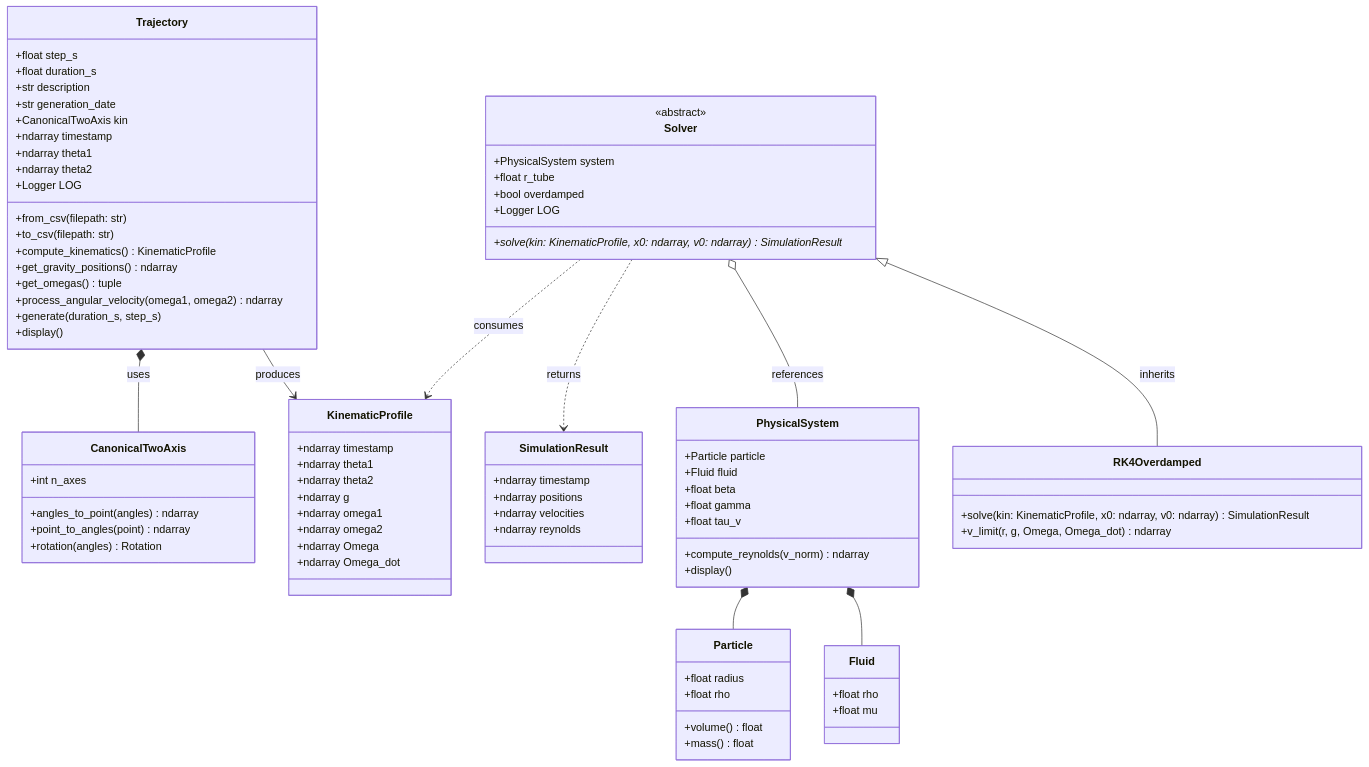
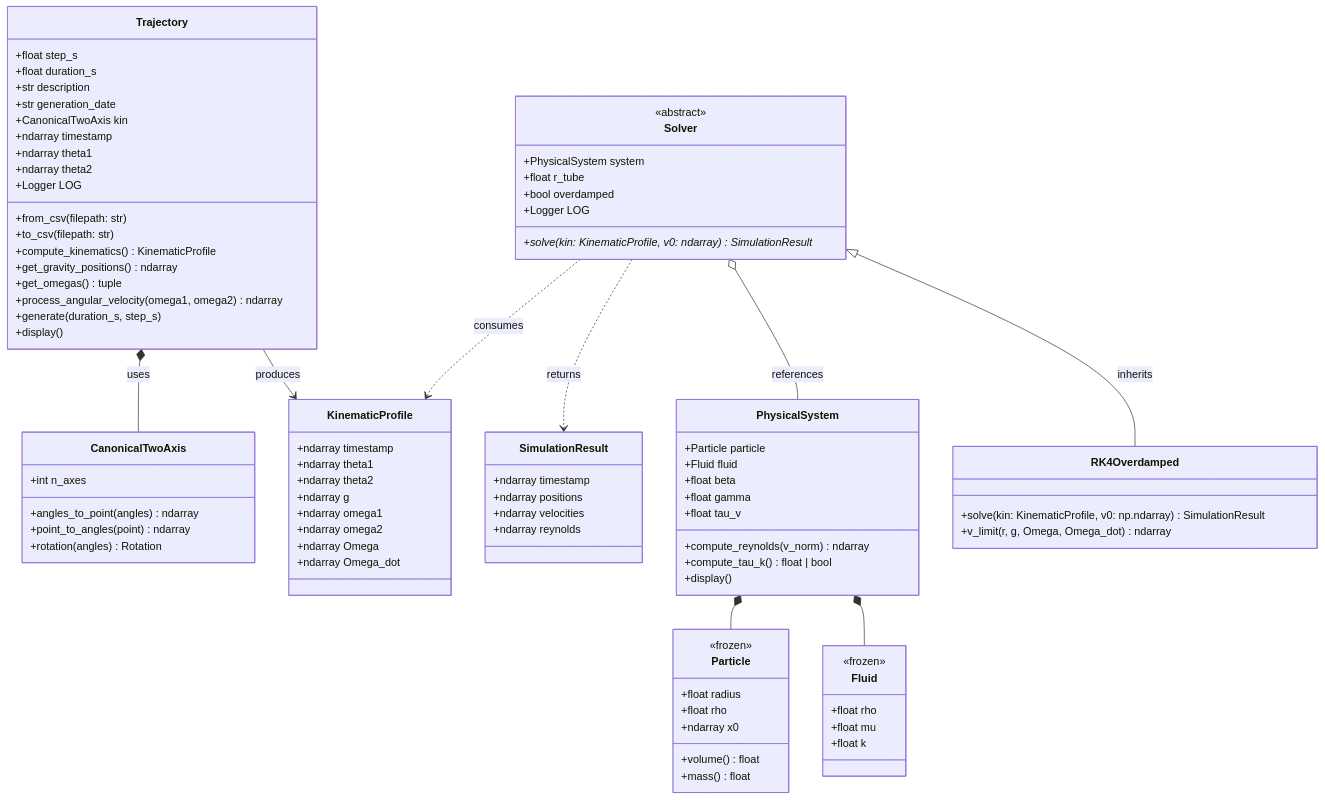
Before and after one commit to axelp-dev/prisma: the diagram in docs/ARCHITECTURE.md, drawn with Mermaid. The commit also changed other lines of this file and 2 other files, not shown here.

Commit message:
docs: Update README.md, ARCHITECTURE.md and CHANGELOG.md to elasticity and src/cli.py implementations

```diff
--- a/docs/ARCHITECTURE.md
+++ b/docs/ARCHITECTURE.md
@@ -163,15 +173,19 @@
 
     %% Core Physics
     class Particle {
+        <<frozen>>
         +float radius
         +float rho
+        +ndarray x0
         +volume() float
         +mass() float
     }
 
     class Fluid {
+        <<frozen>>
         +float rho
         +float mu
+        +float k
     }
 
     class PhysicalSystem {
@@ -181,6 +195,7 @@
         +float gamma
         +float tau_v
         +compute_reynolds(v_norm) ndarray
+        +compute_tau_k() float | bool
         +display()
     }
 
@@ -194,11 +209,11 @@
         +float r_tube
         +bool overdamped
         +Logger LOG
-        +solve(kin: KinematicProfile, x0: ndarray, v0: ndarray)* SimulationResult
+        +solve(kin: KinematicProfile, v0: ndarray)* SimulationResult
     }
 
     class RK4Overdamped {
-        +solve(kin: KinematicProfile, x0: ndarray, v0: ndarray) SimulationResult
+        +solve(kin: KinematicProfile, v0: np.ndarray) SimulationResult
         +v_limit(r, g, Omega, Omega_dot) ndarray
     }
 
```
